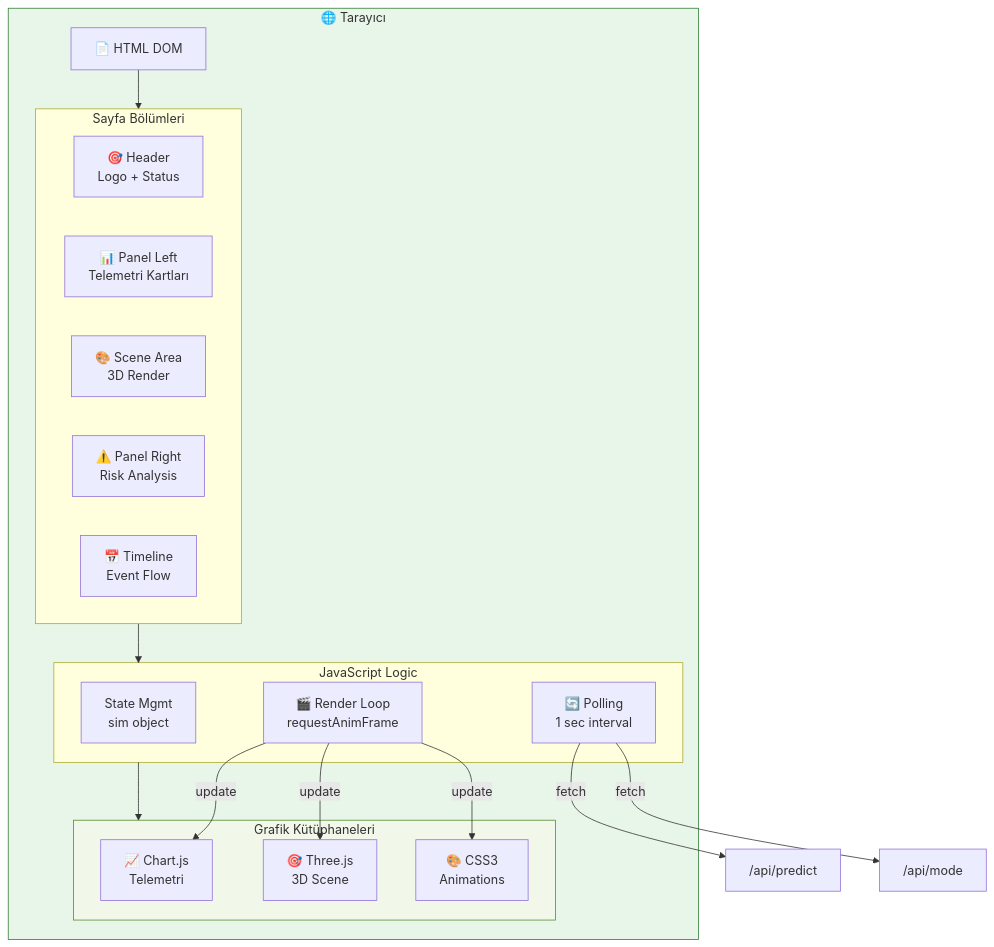
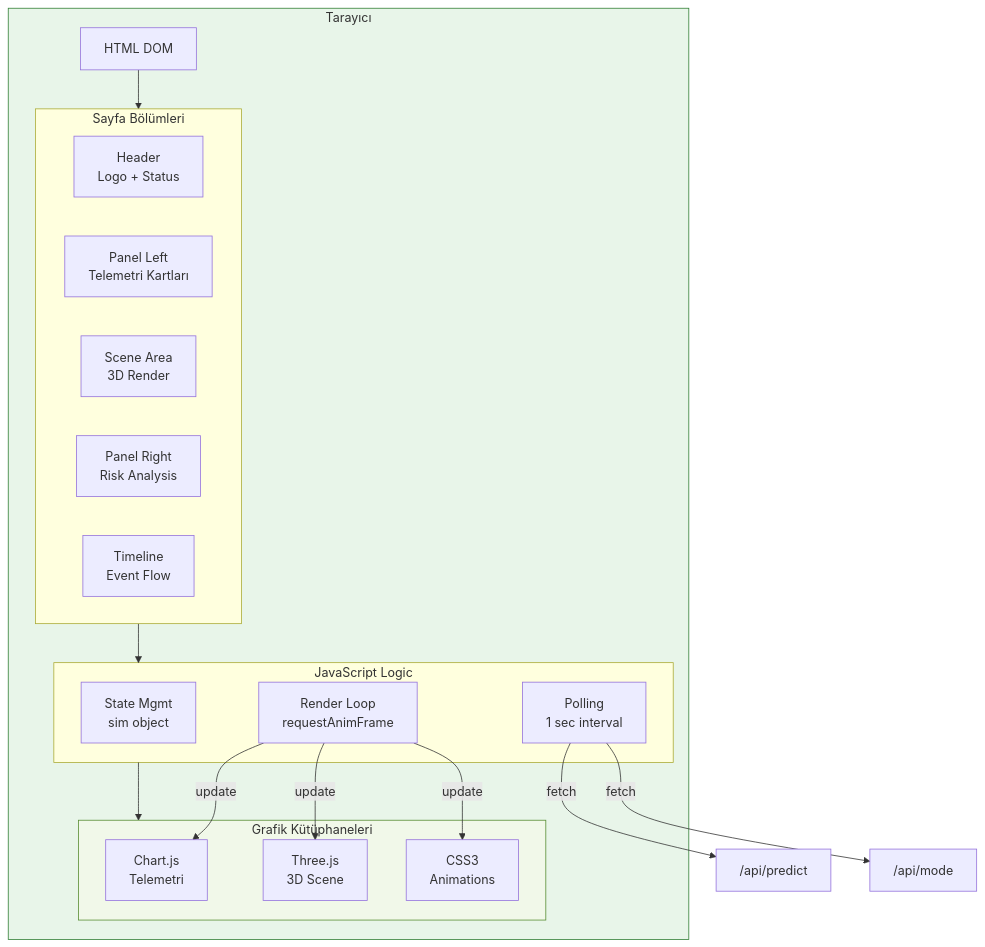
One commit to Hisimsek1/Perihelion.AI changed the sixth of 12 diagrams in docs/ARCHITECTURE.md. Above: the diagram before and after it, drawn with Mermaid. The commit also changed other lines of this file, not shown here.

Commit message:
Remove emojis from architecture diagrams for cleaner documentation

````diff
--- a/docs/ARCHITECTURE.md
+++ b/docs/ARCHITECTURE.md
@@ -320,39 +319,39 @@
 ```mermaid
 graph TB
-    subgraph Browser["🌐 Tarayıcı"]
-        DOM["📄 HTML DOM"]
+    subgraph Browser["Tarayıcı"]
+        DOM["HTML DOM"]
         
         subgraph Pages["Sayfa Bölümleri"]
-            Header["🎯 Header<br/>Logo + Status"]
-            PanelL["📊 Panel Left<br/>Telemetri Kartları"]
-            Scene["🎨 Scene Area<br/>3D Render"]
-            PanelR["⚠️ Panel Right<br/>Risk Analysis"]
-            Timeline["📅 Timeline<br/>Event Flow"]
+            Header["Header<br/>Logo + Status"]
+            PanelL["Panel Left<br/>Telemetri Kartları"]
+            Scene["Scene Area<br/>3D Render"]
+            PanelR["Panel Right<br/>Risk Analysis"]
+            Timeline["Timeline<br/>Event Flow"]
         end
         
         subgraph Logic["JavaScript Logic"]
             State["State Mgmt<br/>sim object"]
-            Poll["🔄 Polling<br/>1 sec interval"]
-            Render["🎬 Render Loop<br/>requestAnimFrame"]
+            Poll["Polling<br/>1 sec interval"]
+            Render["Render Loop<br/>requestAnimFrame"]
         end
         
         subgraph Graphics["Grafik Kütüphaneleri"]
-            Chart["📈 Chart.js<br/>Telemetri"]
-            Three["🎯 Three.js<br/>3D Scene"]
-            CSS["🎨 CSS3<br/>Animations"]
+            Chart["Chart.js<br/>Telemetri"]
+            Three["Three.js<br/>3D Scene"]
+            CSS["CSS3<br/>Animations"]
         end
     end
     
     DOM --> Pages
     Pages --> Logic
     Logic --> Graphics
     
     Poll -->|fetch| APIPredict["/api/predict"]
     Poll -->|fetch| APIMode["/api/mode"]
     Render -->|update| Chart
     Render -->|update| Three
     Render -->|update| CSS
     
     style Browser fill:#e8f5e9,stroke:#2e7d32
     style Graphics fill:#f1f8e9,stroke:#558b2f
 ```
````
